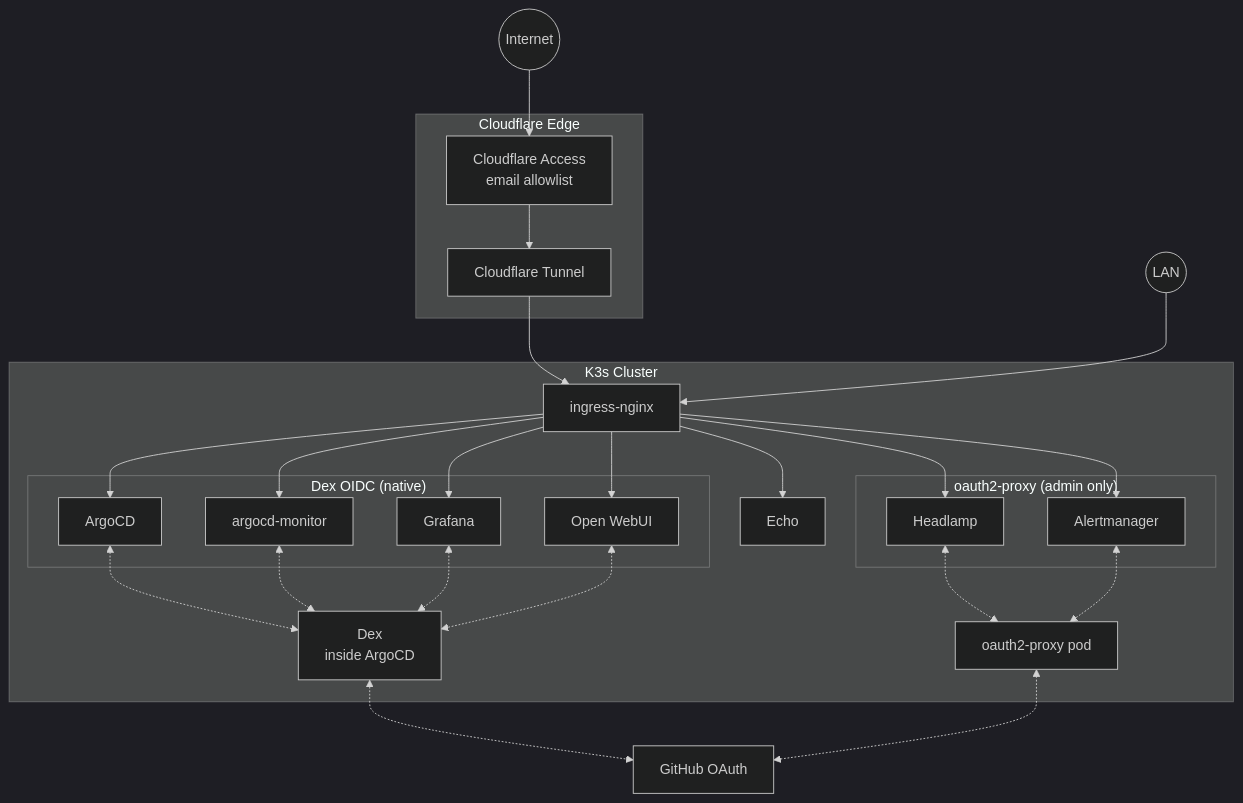
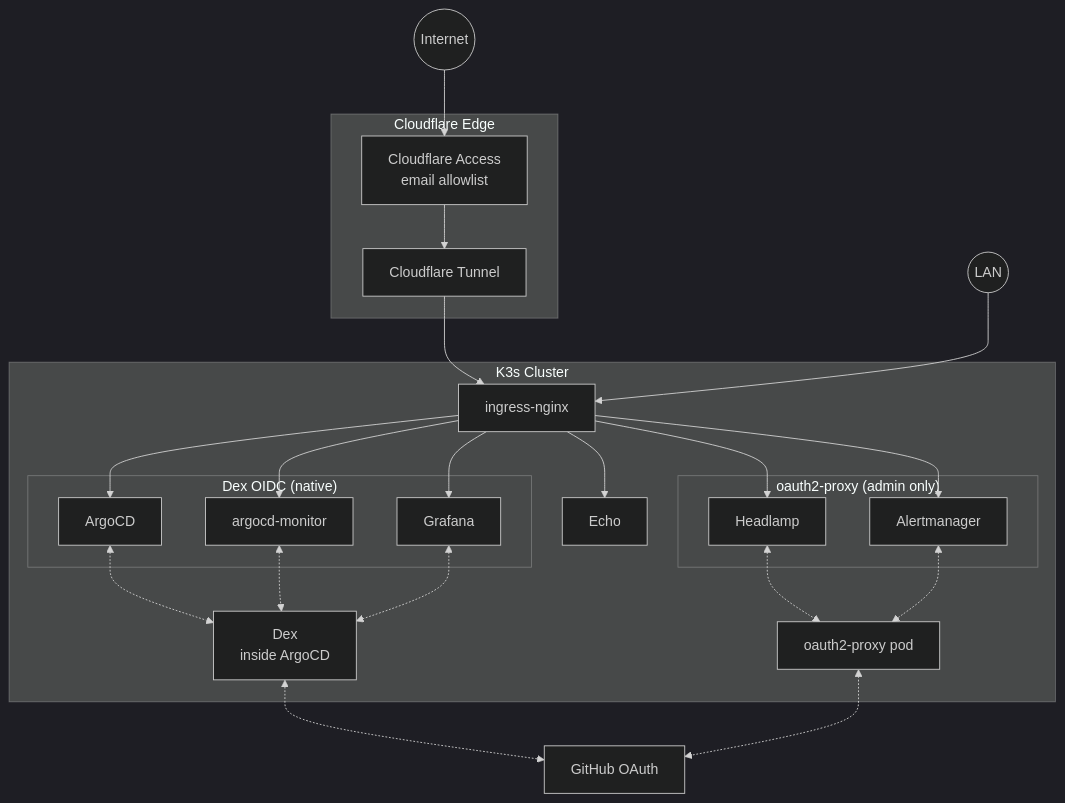
One commit to gilesknap/tpi-k3s-ansible changed the seventh of 7 diagrams in docs/explanations/authentication.md. Above: the diagram before and after it, drawn with Mermaid (dark theme). The commit also changed other lines of this file and 88 other files, not shown here.

First line of the commit message:
Remove rkllama, Open WebUI and llama.cpp

````diff
--- a/docs/explanations/authentication.md
+++ b/docs/explanations/authentication.md
@@ -314,56 +295,53 @@
 ```{mermaid}
 flowchart TB
     Internet((Internet))
     LAN((LAN))
 
     subgraph Cloudflare["Cloudflare Edge"]
         CFA[Cloudflare Access<br/>email allowlist]
         CFT[Cloudflare Tunnel]
     end
 
     subgraph Cluster["K3s Cluster"]
         NGINX[ingress-nginx]
 
         subgraph DexAuth["Dex OIDC (native)"]
             ArgoCD
             Monitor[argocd-monitor]
             Grafana
-            OpenWebUI[Open WebUI]
         end
 
         Headlamp
 
         subgraph ProxyAuth["oauth2-proxy (admin only)"]
             Headlamp
             Alertmanager
         end
 
         Echo
 
         OAP[oauth2-proxy pod]
         DexPod[Dex<br/>inside ArgoCD]
     end
 
     GH[GitHub OAuth]
 
     Internet --> CFA --> CFT --> NGINX
     LAN --> NGINX
 
     NGINX --> ArgoCD
     NGINX --> Monitor
     NGINX --> Grafana
-    NGINX --> OpenWebUI
     NGINX --> Headlamp
     NGINX --> Alertmanager
     NGINX --> Echo
 
     ArgoCD <-.-> DexPod
     Monitor <-.-> DexPod
     Grafana <-.-> DexPod
-    OpenWebUI <-.-> DexPod
     Headlamp <-.-> OAP
     Alertmanager <-.-> OAP
 
     DexPod <-.-> GH
     OAP <-.-> GH
 ```
````
